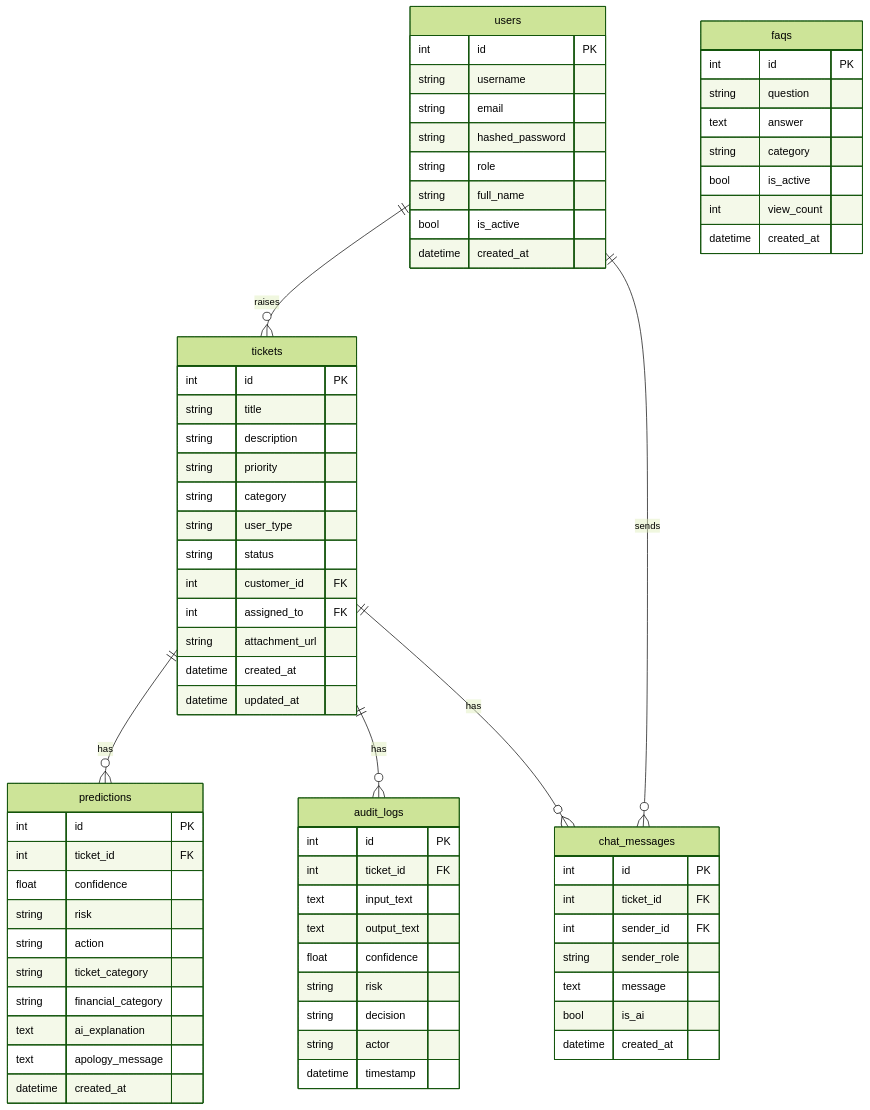
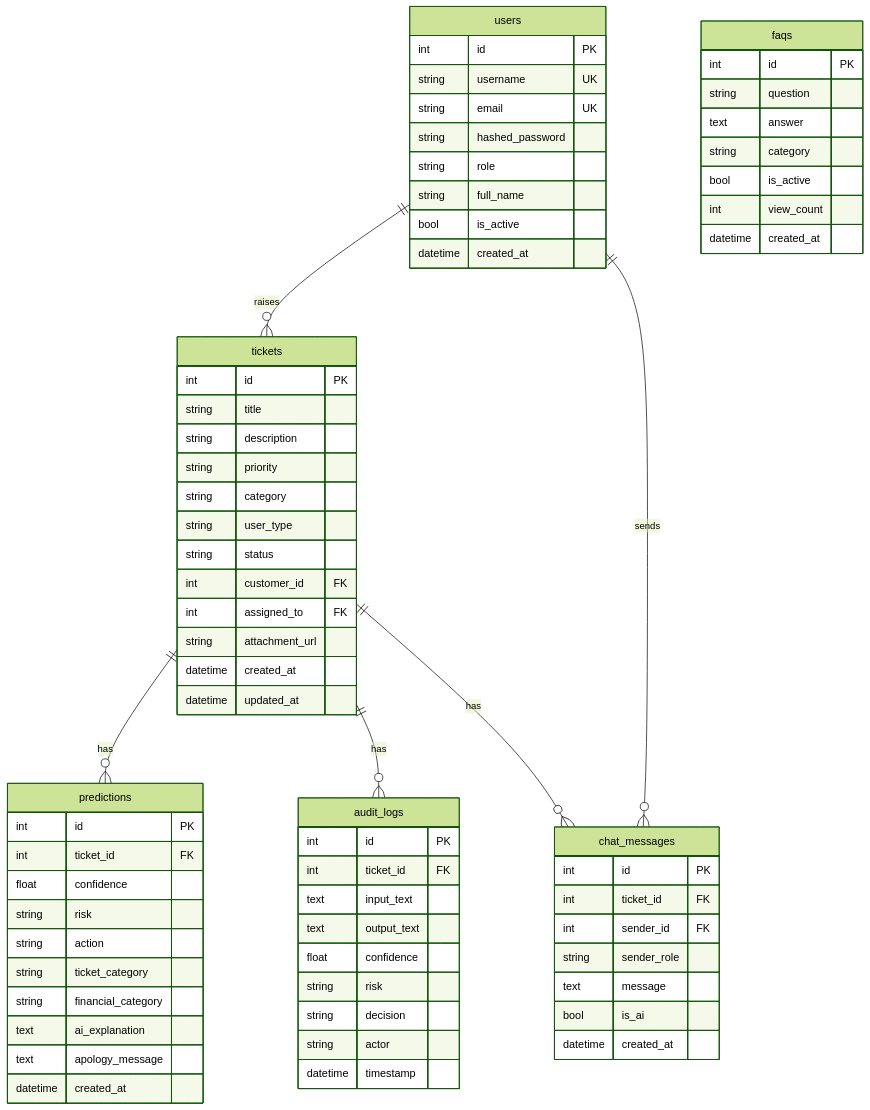
Before and after one commit to nanduveera30-boop/AI-Ticket-System: the eighth of 9 diagrams in README.md, drawn with Mermaid (forest theme). The commit also changed other lines of this file and 9 other files, not shown here.

````diff
--- a/README.md
+++ b/README.md
@@ -253,79 +237,79 @@
 ```mermaid
 erDiagram
     users {
         int id PK
-        string username
-        string email
+        string username UK
+        string email UK
         string hashed_password
         string role
         string full_name
         bool is_active
         datetime created_at
     }
 
     tickets {
         int id PK
         string title
         string description
         string priority
         string category
         string user_type
         string status
         int customer_id FK
         int assigned_to FK
         string attachment_url
         datetime created_at
         datetime updated_at
     }
 
     predictions {
         int id PK
         int ticket_id FK
         float confidence
         string risk
         string action
         string ticket_category
         string financial_category
         text ai_explanation
         text apology_message
         datetime created_at
     }
 
     audit_logs {
         int id PK
         int ticket_id FK
         text input_text
         text output_text
         float confidence
         string risk
         string decision
         string actor
         datetime timestamp
     }
 
     chat_messages {
         int id PK
         int ticket_id FK
         int sender_id FK
         string sender_role
         text message
         bool is_ai
         datetime created_at
     }
 
     faqs {
         int id PK
         string question
         text answer
         string category
         bool is_active
         int view_count
         datetime created_at
     }
 
     tickets ||--o{ predictions : "has"
     tickets ||--o{ audit_logs : "has"
     tickets ||--o{ chat_messages : "has"
     users ||--o{ tickets : "raises"
     users ||--o{ chat_messages : "sends"
 ```
````
